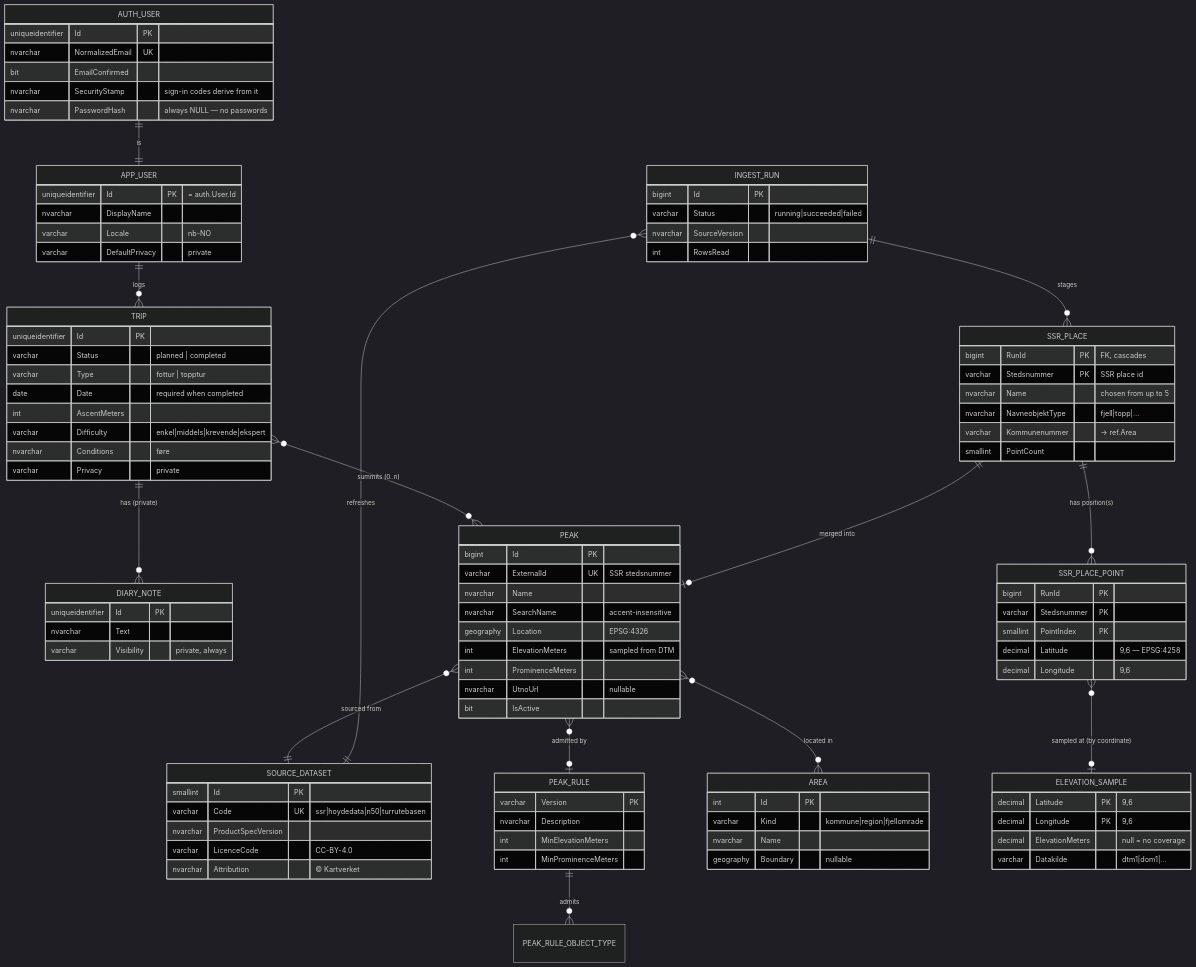
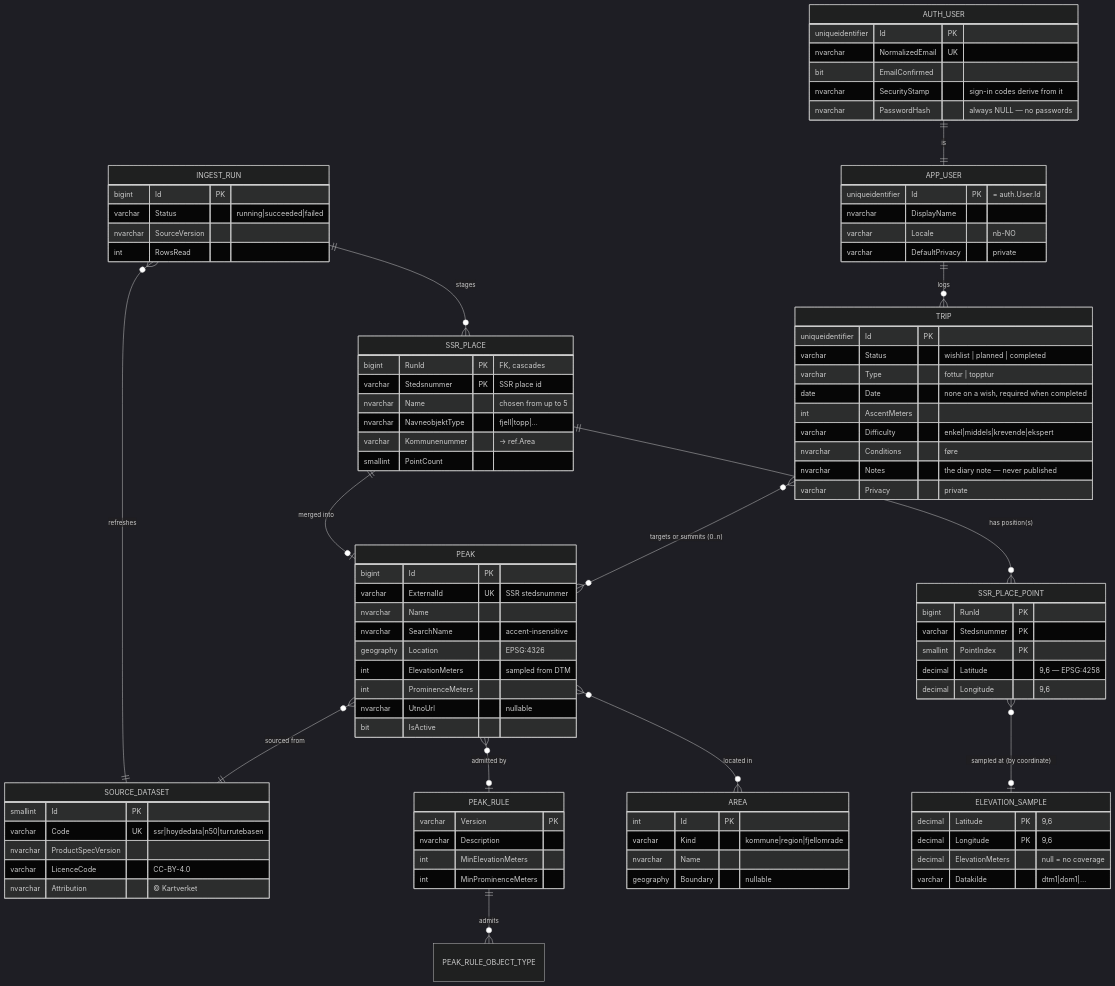
Before and after one commit to rekfar/database: the diagram in docs/data-model.md, drawn with Mermaid (dark theme). The commit also changed other lines of this file and 9 other files, not shown here.

First line of the commit message:
Add wishlist trip status; replace app.DiaryNote with Trip.Notes

```diff
--- a/docs/data-model.md
+++ b/docs/data-model.md
@@ -12,8 +12,7 @@
 erDiagram
     AUTH_USER   ||--|| APP_USER      : "is"
     APP_USER    ||--o{ TRIP          : logs
-    TRIP        ||--o{ DIARY_NOTE    : "has (private)"
-    TRIP        }o--o{ PEAK          : "summits (0..n)"
+    TRIP        }o--o{ PEAK          : "targets or summits (0..n)"
     PEAK        }o--|| SOURCE_DATASET : "sourced from"
     PEAK        }o--o| PEAK_RULE     : "admitted by"
     PEAK        }o--o{ AREA          : "located in"
@@ -39,18 +38,14 @@
     }
     TRIP {
         uniqueidentifier Id PK
-        varchar Status "planned | completed"
+        varchar Status "wishlist | planned | completed"
         varchar Type "fottur | topptur"
-        date Date "required when completed"
+        date Date "none on a wish, required when completed"
         int AscentMeters
         varchar Difficulty "enkel|middels|krevende|ekspert"
         nvarchar Conditions "føre"
+        nvarchar Notes "the diary note — never published"
         varchar Privacy "private"
-    }
-    DIARY_NOTE {
-        uniqueidentifier Id PK
-        nvarchar Text
-        varchar Visibility "private, always"
     }
     PEAK {
         bigint Id PK
```
